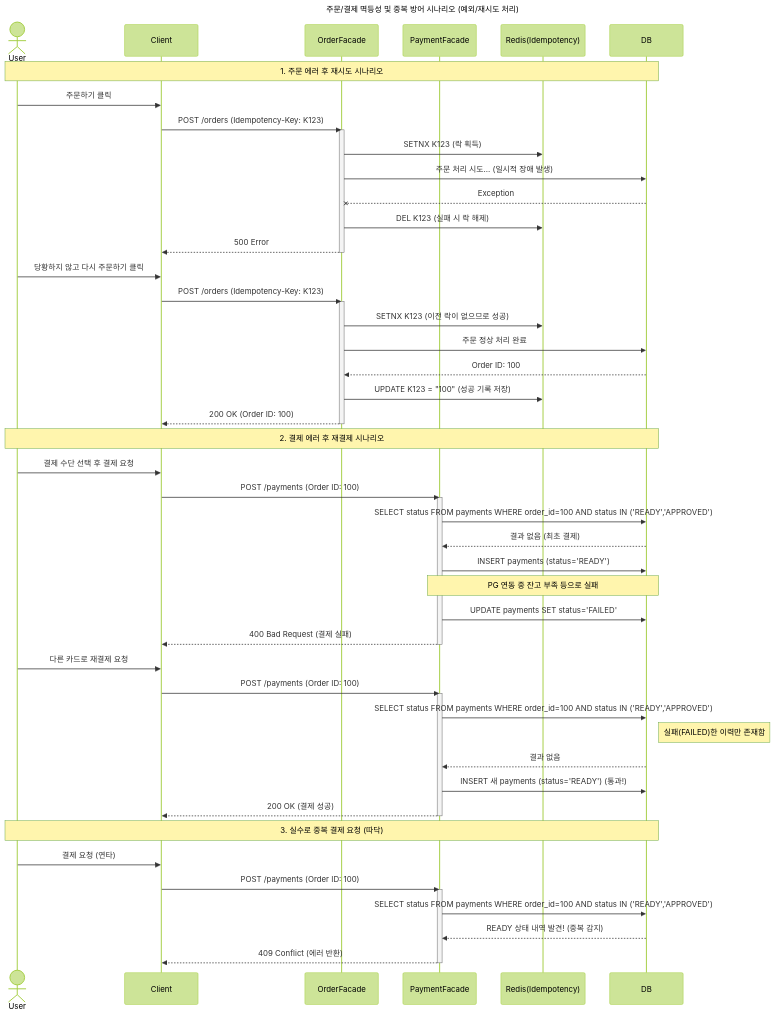
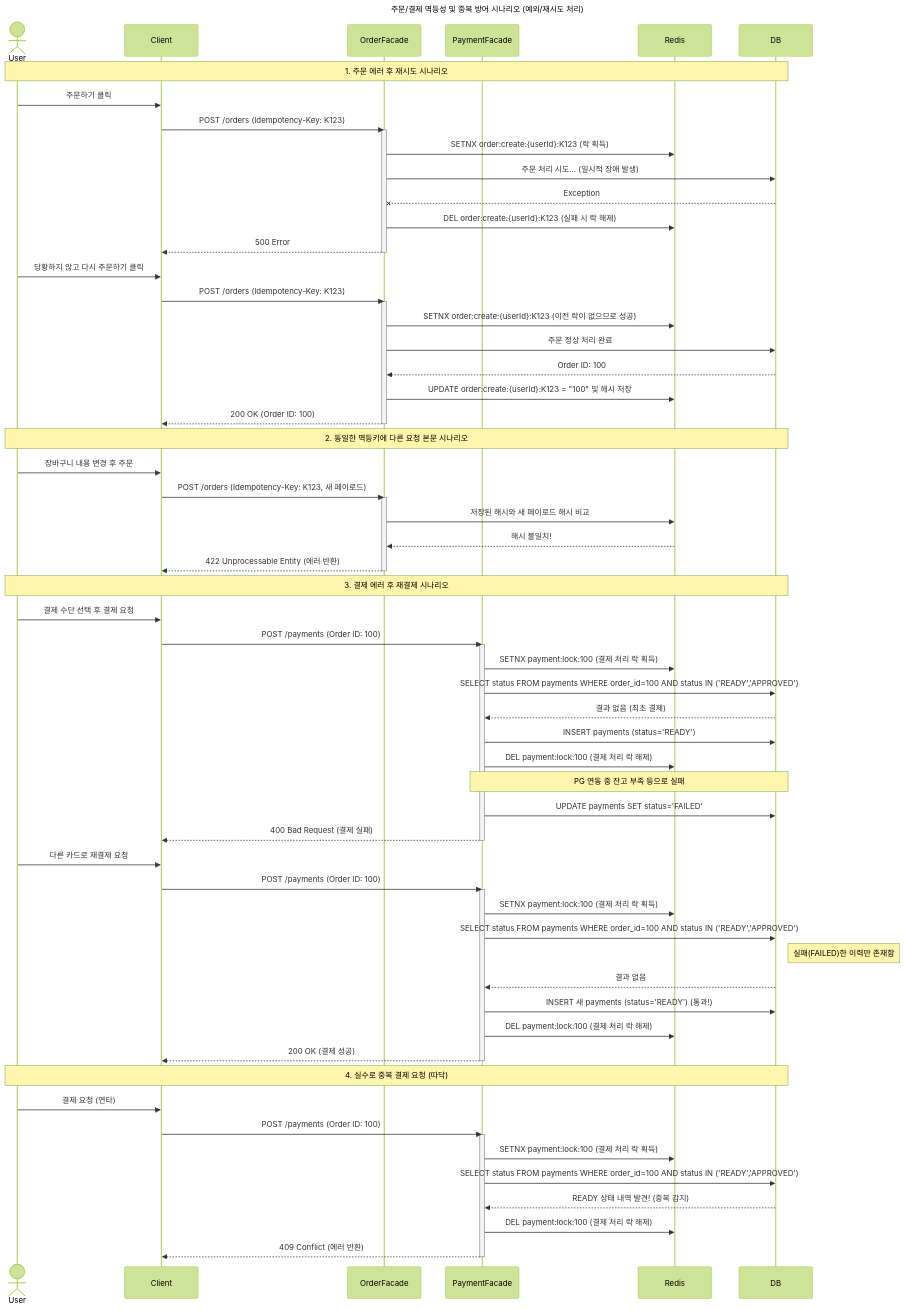
The second of 9 diagrams in docs/week2/02-sequence-diagrams.md (loopers-labs/loop-pack-be-l2-vol4-java), drawn with Mermaid (forest theme) before and after one commit. The commit also changed 1 other file, not shown here.

Commit message:
docs: 요구사항 명세 및 시퀀스 다이어그램에 멱등키 네임스페이스 및 결제 분산락 반영

````diff
--- a/docs/week2/02-sequence-diagrams.md
+++ b/docs/week2/02-sequence-diagrams.md
@@ -47,62 +47,77 @@
 ```mermaid
 sequenceDiagram
     title 주문/결제 멱등성 및 중복 방어 시나리오 (예외/재시도 처리)
     actor User
     participant Client
     participant OrderFacade
     participant PaymentFacade
-    participant Redis(Idempotency)
+    participant Redis
     participant DB
 
     Note over User, DB: 1. 주문 에러 후 재시도 시나리오
     User->>Client: 주문하기 클릭
     Client->>OrderFacade: POST /orders (Idempotency-Key: K123)
     activate OrderFacade
-    OrderFacade->>Redis(Idempotency): SETNX K123 (락 획득)
+    OrderFacade->>Redis: SETNX order:create:{userId}:K123 (락 획득)
     OrderFacade->>DB: 주문 처리 시도... (일시적 장애 발생)
     DB--xOrderFacade: Exception
-    OrderFacade->>Redis(Idempotency): DEL K123 (실패 시 락 해제)
+    OrderFacade->>Redis: DEL order:create:{userId}:K123 (실패 시 락 해제)
     OrderFacade-->>Client: 500 Error
     deactivate OrderFacade
 
     User->>Client: 당황하지 않고 다시 주문하기 클릭
     Client->>OrderFacade: POST /orders (Idempotency-Key: K123)
     activate OrderFacade
-    OrderFacade->>Redis(Idempotency): SETNX K123 (이전 락이 없으므로 성공)
+    OrderFacade->>Redis: SETNX order:create:{userId}:K123 (이전 락이 없으므로 성공)
     OrderFacade->>DB: 주문 정상 처리 완료
     DB-->>OrderFacade: Order ID: 100
-    OrderFacade->>Redis(Idempotency): UPDATE K123 = "100" (성공 기록 저장)
+    OrderFacade->>Redis: UPDATE order:create:{userId}:K123 = "100" 및 해시 저장
     OrderFacade-->>Client: 200 OK (Order ID: 100)
     deactivate OrderFacade
 
-    Note over User, DB: 2. 결제 에러 후 재결제 시나리오
+    Note over User, DB: 2. 동일한 멱등키에 다른 요청 본문 시나리오
+    User->>Client: 장바구니 내용 변경 후 주문
+    Client->>OrderFacade: POST /orders (Idempotency-Key: K123, 새 페이로드)
+    activate OrderFacade
+    OrderFacade->>Redis: 저장된 해시와 새 페이로드 해시 비교
+    Redis-->>OrderFacade: 해시 불일치!
+    OrderFacade-->>Client: 422 Unprocessable Entity (에러 반환)
+    deactivate OrderFacade
+
+    Note over User, DB: 3. 결제 에러 후 재결제 시나리오
     User->>Client: 결제 수단 선택 후 결제 요청
     Client->>PaymentFacade: POST /payments (Order ID: 100)
     activate PaymentFacade
+    PaymentFacade->>Redis: SETNX payment:lock:100 (결제 처리 락 획득)
     PaymentFacade->>DB: SELECT status FROM payments WHERE order_id=100 AND status IN ('READY','APPROVED')
     DB-->>PaymentFacade: 결과 없음 (최초 결제)
     PaymentFacade->>DB: INSERT payments (status='READY')
+    PaymentFacade->>Redis: DEL payment:lock:100 (결제 처리 락 해제)
     Note over PaymentFacade, DB: PG 연동 중 잔고 부족 등으로 실패
     PaymentFacade->>DB: UPDATE payments SET status='FAILED'
     PaymentFacade-->>Client: 400 Bad Request (결제 실패)
     deactivate PaymentFacade
 
     User->>Client: 다른 카드로 재결제 요청
     Client->>PaymentFacade: POST /payments (Order ID: 100)
     activate PaymentFacade
+    PaymentFacade->>Redis: SETNX payment:lock:100 (결제 처리 락 획득)
     PaymentFacade->>DB: SELECT status FROM payments WHERE order_id=100 AND status IN ('READY','APPROVED')
     Note right of DB: 실패(FAILED)한 이력만 존재함
     DB-->>PaymentFacade: 결과 없음
     PaymentFacade->>DB: INSERT 새 payments (status='READY') (통과!)
+    PaymentFacade->>Redis: DEL payment:lock:100 (결제 처리 락 해제)
     PaymentFacade-->>Client: 200 OK (결제 성공)
     deactivate PaymentFacade
 
-    Note over User, DB: 3. 실수로 중복 결제 요청 (따닥)
+    Note over User, DB: 4. 실수로 중복 결제 요청 (따닥)
     User->>Client: 결제 요청 (연타)
     Client->>PaymentFacade: POST /payments (Order ID: 100)
     activate PaymentFacade
+    PaymentFacade->>Redis: SETNX payment:lock:100 (결제 처리 락 획득)
     PaymentFacade->>DB: SELECT status FROM payments WHERE order_id=100 AND status IN ('READY','APPROVED')
     DB-->>PaymentFacade: READY 상태 내역 발견! (중복 감지)
+    PaymentFacade->>Redis: DEL payment:lock:100 (결제 처리 락 해제)
     PaymentFacade-->>Client: 409 Conflict (에러 반환)
     deactivate PaymentFacade
 ```
````
